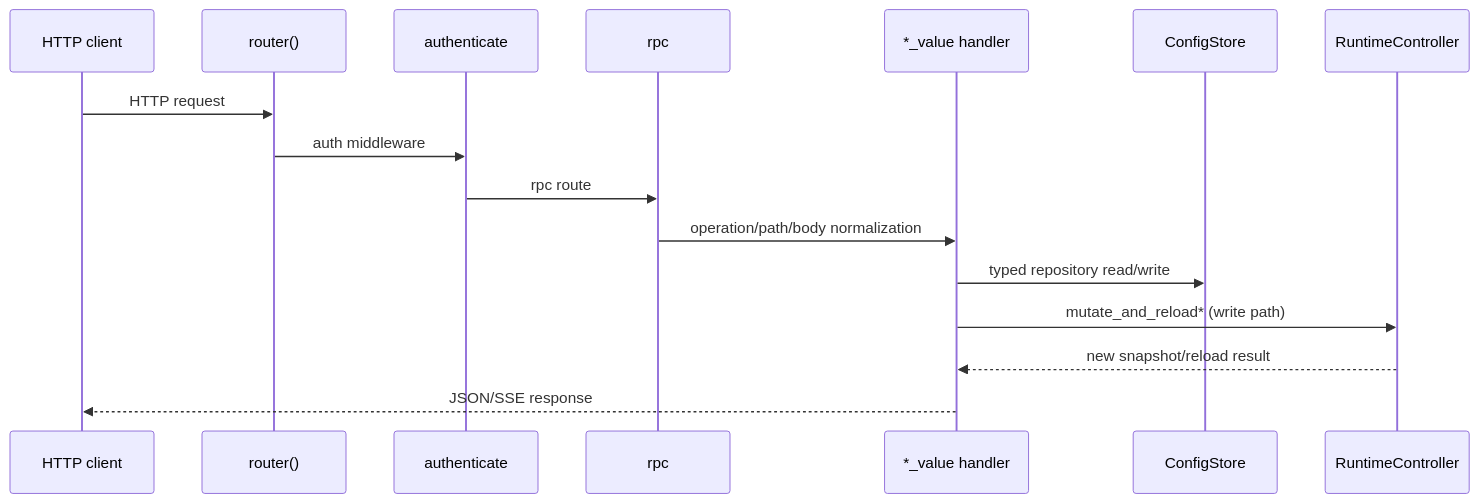
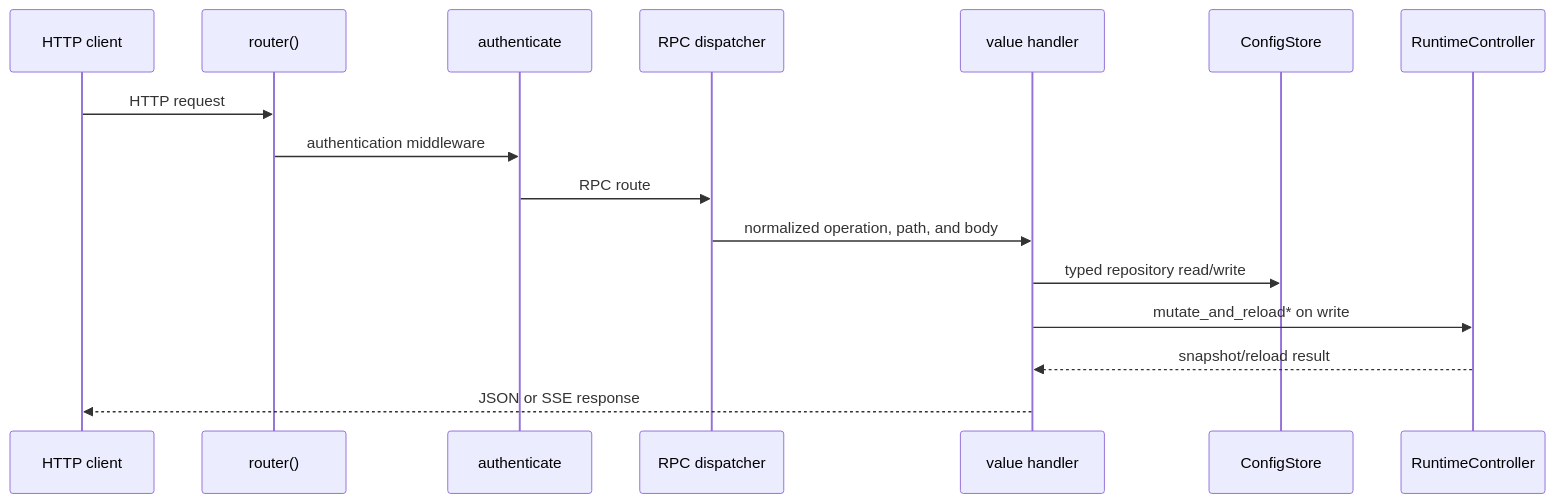
One commit to yuhaiin/doradus changed the ninth of 11 diagrams in docs/ARCHITECTURE.md. Above: the diagram before and after it, drawn with Mermaid. The commit also changed other lines of this file and 9 other files, not shown here.

````diff
--- a/docs/ARCHITECTURE.md
+++ b/docs/ARCHITECTURE.md
@@ -1377,19 +585,19 @@
-```mermaid
+~~~mermaid
 sequenceDiagram
     participant C as HTTP client
     participant R as router()
     participant A as authenticate
-    participant X as rpc
-    participant V as *_value handler
+    participant X as RPC dispatcher
+    participant V as value handler
     participant S as ConfigStore
     participant RC as RuntimeController
 
     C->>R: HTTP request
-    R->>A: auth middleware
-    A->>X: rpc route
-    X->>V: operation/path/body normalization
+    R->>A: authentication middleware
+    A->>X: RPC route
+    X->>V: normalized operation, path, and body
     V->>S: typed repository read/write
-    V->>RC: mutate_and_reload* (write path)
-    RC-->>V: new snapshot/reload result
-    V-->>C: JSON/SSE response
-```
+    V->>RC: mutate_and_reload* on write
+    RC-->>V: snapshot/reload result
+    V-->>C: JSON or SSE response
+~~~
````
